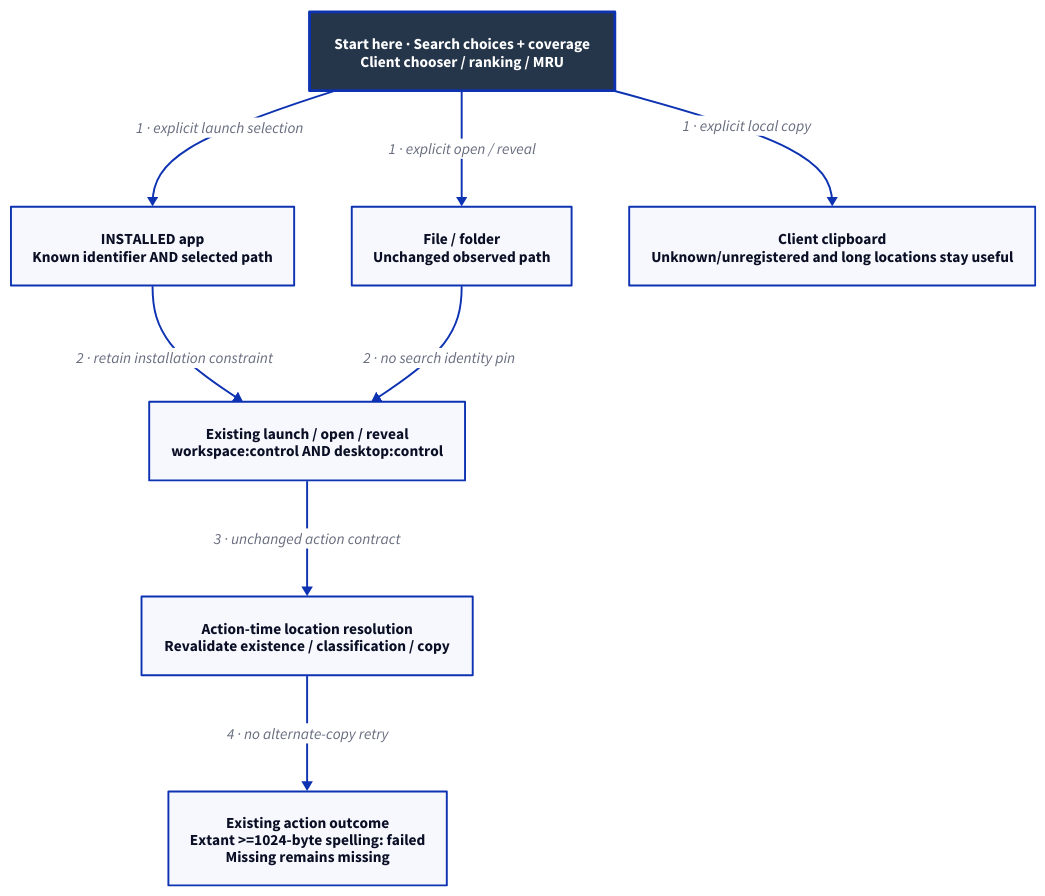
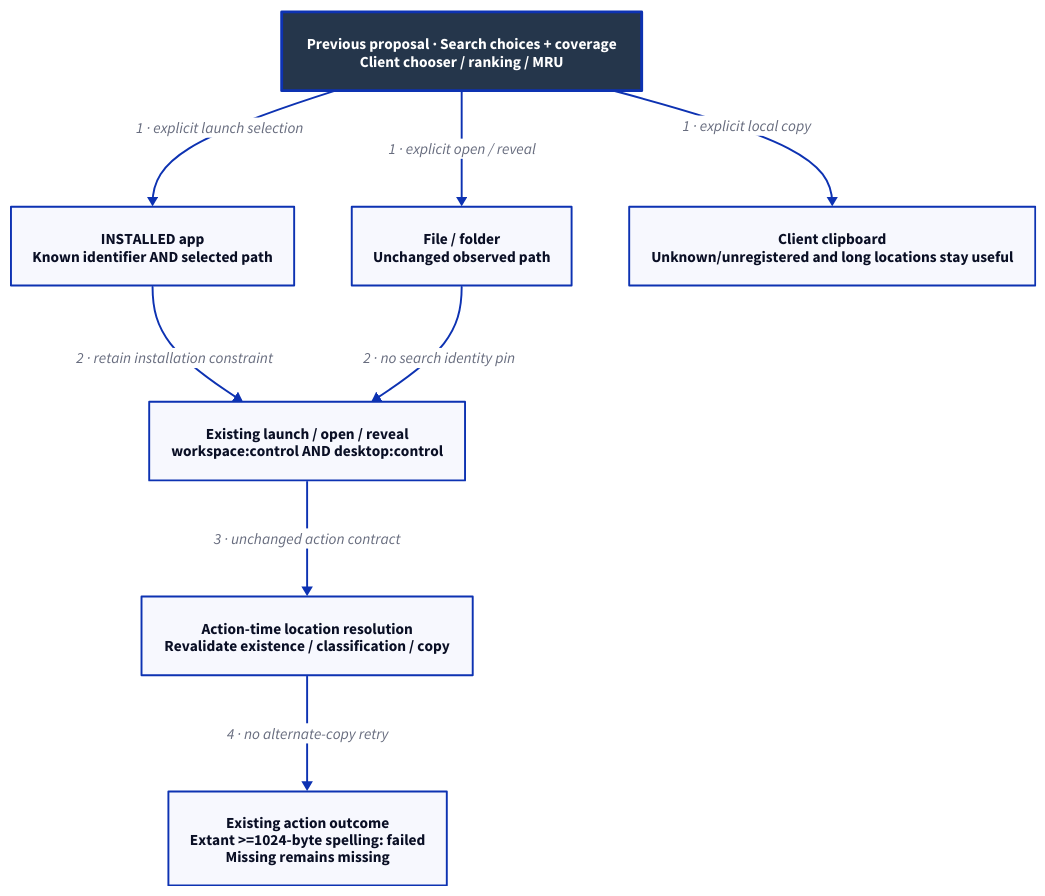
Before and after one commit to Linkuistics/Koine: the diagram in docs/design/architecture/search-handoff.d2, drawn with D2. The commit also changed 138 other files, not shown here.

First line of the commit message:
Move raw search to clients and define v1 native discovery (search-tool-permissions-k196)

```diff
--- a/docs/design/architecture/search-handoff.d2
+++ b/docs/design/architecture/search-handoff.d2
@@ -1,19 +1,19 @@
-# Selected mechanism, subject to human choices/review/native acceptance.
+# Previous raw-search proposal only; not the current v1 API or backend.
 direction: down
 classes: {
   start: {style: {fill: "#25364B"; font-color: "#FFFFFF"; bold: true; stroke-width: 3}}
 }
-Start: "Start here · Search choices + coverage\nClient chooser / ranking / MRU" {class: start}
+Start: "Previous proposal · Search choices + coverage\nClient chooser / ranking / MRU" {class: start}
 App: "INSTALLED app\nKnown identifier AND selected path"
 File: "File / folder\nUnchanged observed path"
 Action: "Existing launch / open / reveal\nworkspace:control AND desktop:control"
 Resolve: "Action-time location resolution\nRevalidate existence / classification / copy"
 Outcome: "Existing action outcome\nExtant >=1024-byte spelling: failed\nMissing remains missing"
 Copy: "Client clipboard\nUnknown/unregistered and long locations stay useful"
 Start -> App: "1 · explicit launch selection"
 Start -> File: "1 · explicit open / reveal"
 Start -> Copy: "1 · explicit local copy"
 App -> Action: "2 · retain installation constraint"
 File -> Action: "2 · no search identity pin"
 Action -> Resolve: "3 · unchanged action contract"
 Resolve -> Outcome: "4 · no alternate-copy retry"
```
